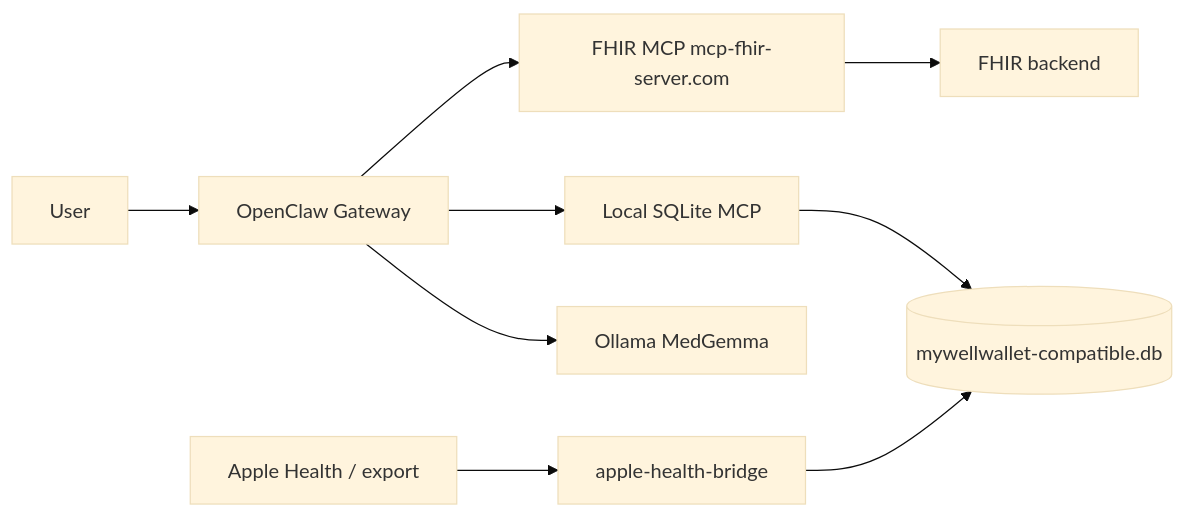
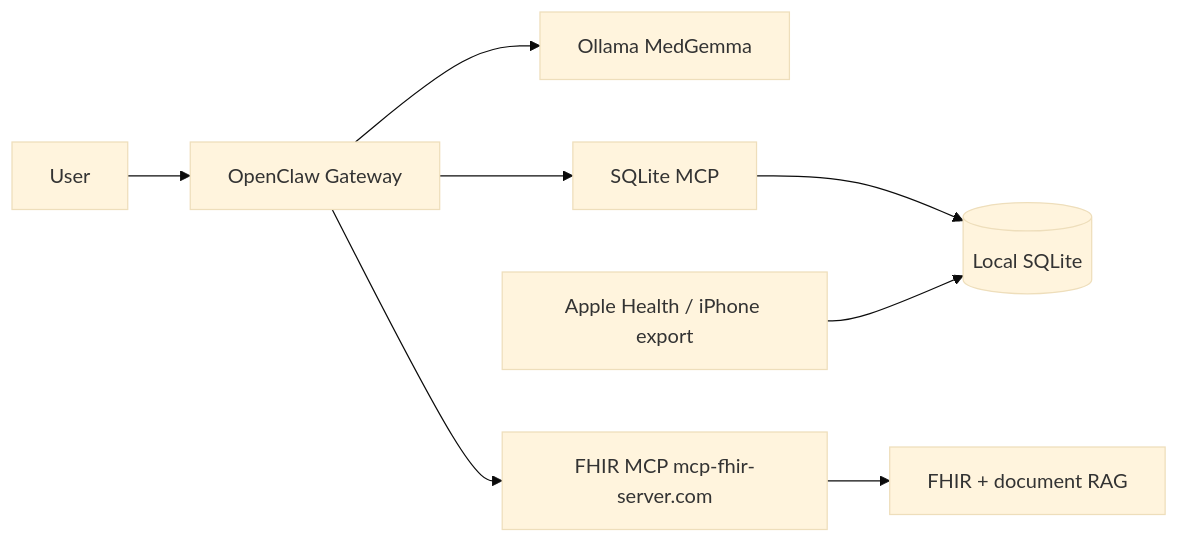
One commit to CGU-AI4Humanity/openclaw_health_wallet changed the diagram in Openclaw_Health_Assistant/README.md. Above: the diagram before and after it, drawn with Mermaid (base theme). The commit also changed other lines of this file and 25 other files, not shown here.

First line of the commit message:
Document local health companion stack and ship OpenClaw implementation.

````diff
--- a/Openclaw_Health_Assistant/README.md
+++ b/Openclaw_Health_Assistant/README.md
@@ -18,11 +23,10 @@
 ```mermaid
 flowchart LR
   U[User] --> OC[OpenClaw Gateway]
   OC --> MG[Ollama MedGemma]
-  OC --> LMCP[Local SQLite MCP]
+  OC --> LMCP[SQLite MCP]
   OC --> RMCP[FHIR MCP mcp-fhir-server.com]
-  LMCP --> DB[(mywellwallet-compatible.db)]
-  AH[Apple Health / export] --> BR[apple-health-bridge]
-  BR --> DB
-  RMCP --> FHIR[FHIR backend]
+  LMCP --> DB[(Local SQLite)]
+  AH[Apple Health / iPhone export] --> DB
+  RMCP --> FHIR[FHIR + document RAG]
 ```
````
